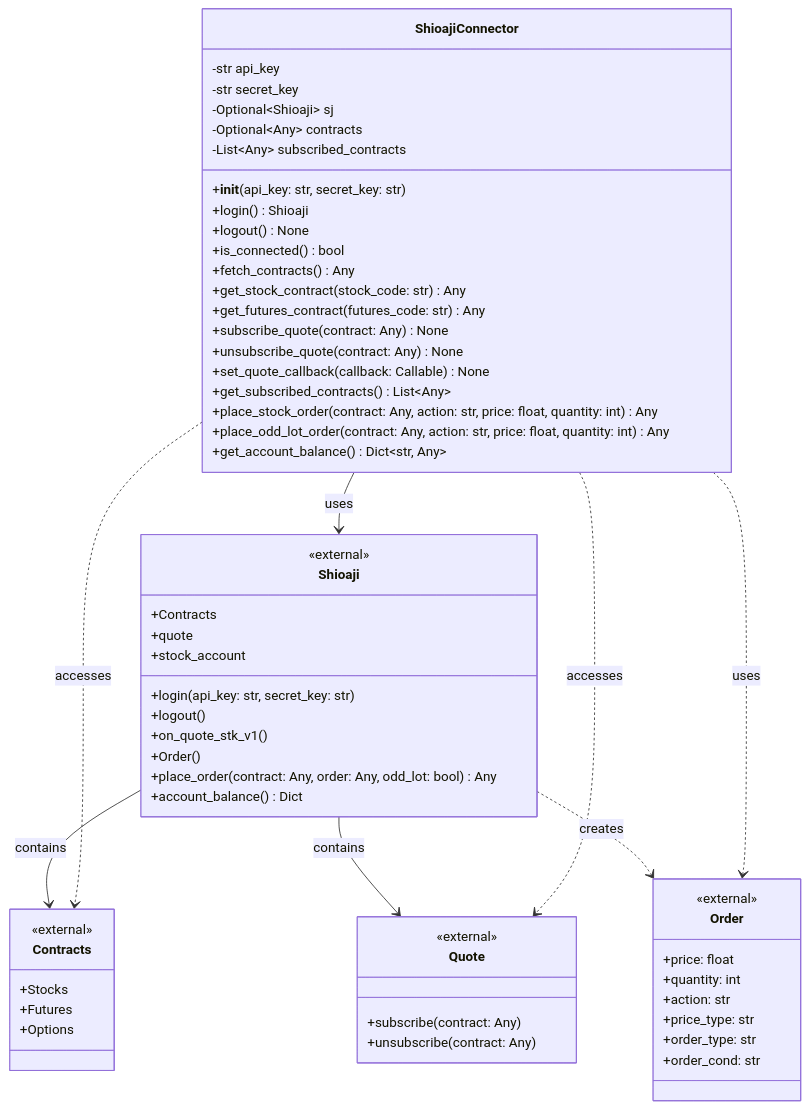
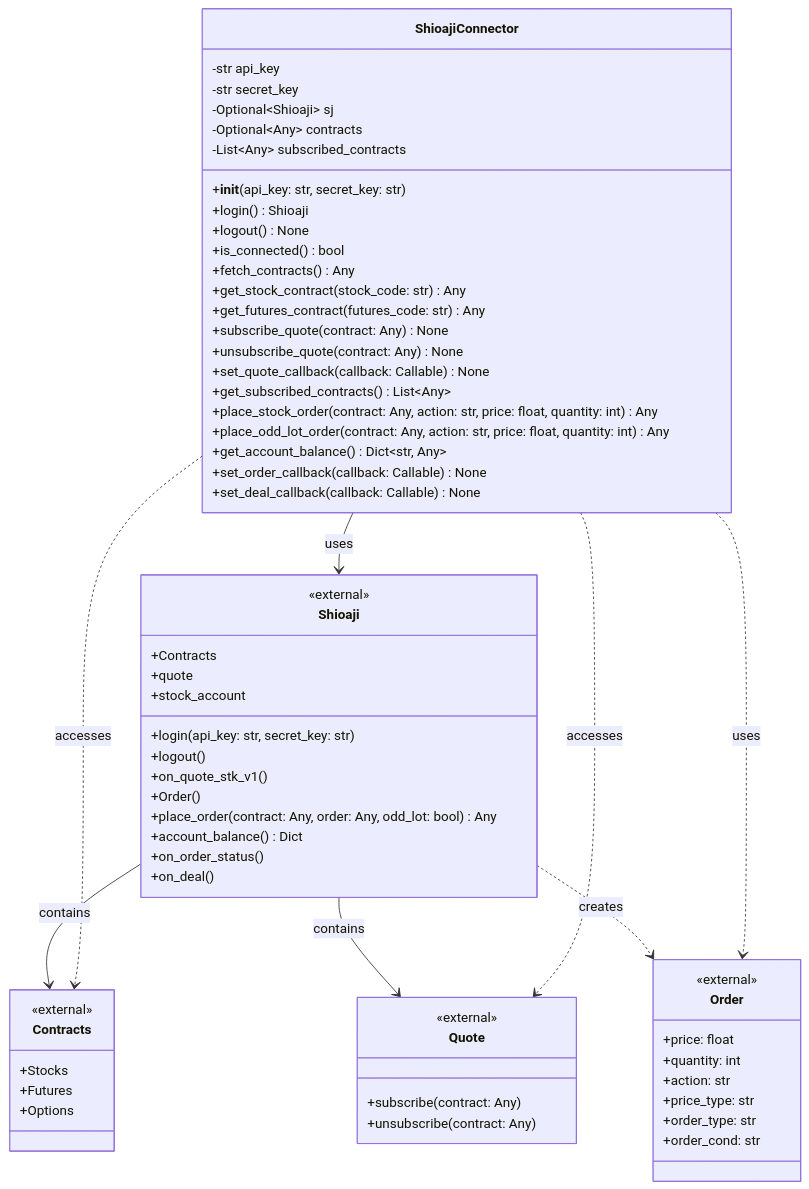
Before and after one commit to wu02067602/sample-trading: the diagram in 類別圖.md, drawn with Mermaid. The commit also changed other lines of this file and 1 other file, not shown here.

Commit message:
Add order and deal callback functionality

````diff
--- a/類別圖.md
+++ b/類別圖.md
@@ -7,68 +7,72 @@
 ```mermaid
 classDiagram
     class ShioajiConnector {
         -str api_key
         -str secret_key
         -Optional~Shioaji~ sj
         -Optional~Any~ contracts
         -List~Any~ subscribed_contracts
         +__init__(api_key: str, secret_key: str)
         +login() Shioaji
         +logout() None
         +is_connected() bool
         +fetch_contracts() Any
         +get_stock_contract(stock_code: str) Any
         +get_futures_contract(futures_code: str) Any
         +subscribe_quote(contract: Any) None
         +unsubscribe_quote(contract: Any) None
         +set_quote_callback(callback: Callable) None
         +get_subscribed_contracts() List~Any~
         +place_stock_order(contract: Any, action: str, price: float, quantity: int) Any
         +place_odd_lot_order(contract: Any, action: str, price: float, quantity: int) Any
         +get_account_balance() Dict~str, Any~
+        +set_order_callback(callback: Callable) None
+        +set_deal_callback(callback: Callable) None
     }
     
     class Shioaji {
         <<external>>
         +login(api_key: str, secret_key: str)
         +logout()
         +Contracts
         +quote
         +on_quote_stk_v1()
         +Order()
         +place_order(contract: Any, order: Any, odd_lot: bool) Any
         +stock_account
         +account_balance() Dict
+        +on_order_status()
+        +on_deal()
     }
     
     class Quote {
         <<external>>
         +subscribe(contract: Any)
         +unsubscribe(contract: Any)
     }
     
     class Contracts {
         <<external>>
         +Stocks
         +Futures
         +Options
     }
     
     class Order {
         <<external>>
         +price: float
         +quantity: int
         +action: str
         +price_type: str
         +order_type: str
         +order_cond: str
     }
     
     ShioajiConnector --> Shioaji : uses
     Shioaji --> Contracts : contains
     Shioaji --> Quote : contains
     Shioaji ..> Order : creates
     ShioajiConnector ..> Contracts : accesses
     ShioajiConnector ..> Quote : accesses
     ShioajiConnector ..> Order : uses
 ```
````
